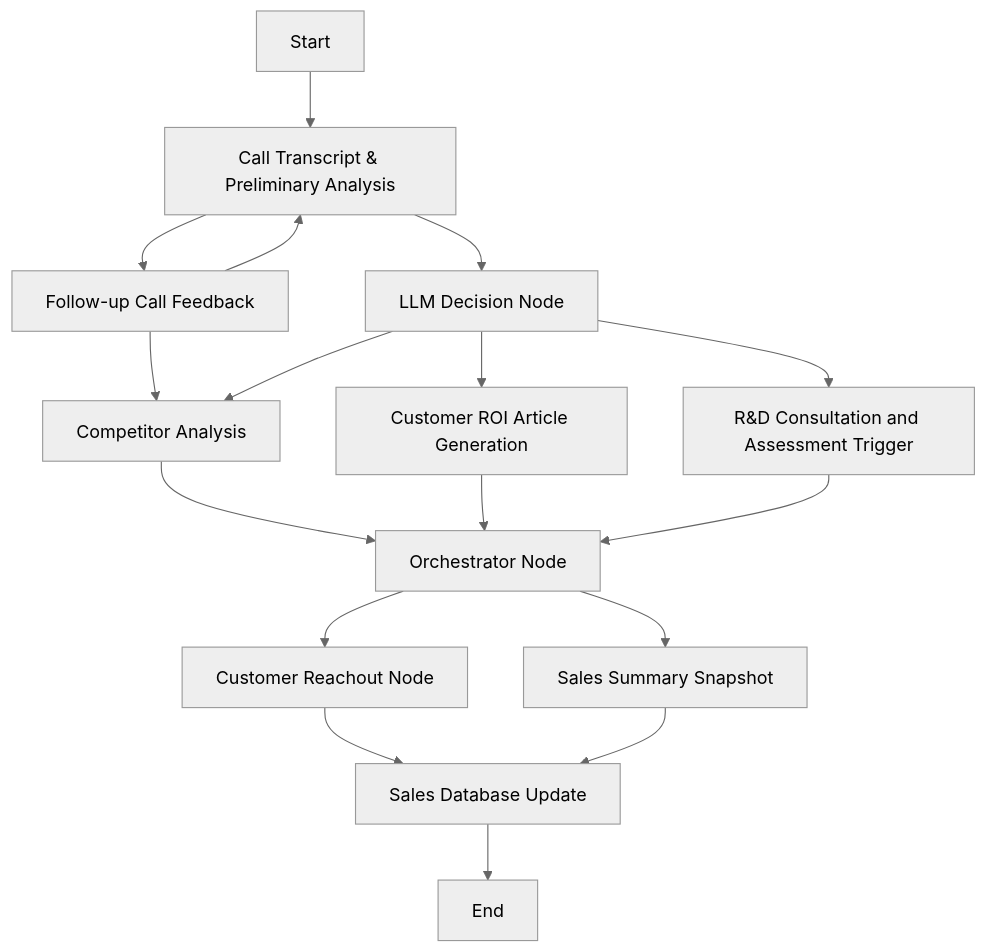
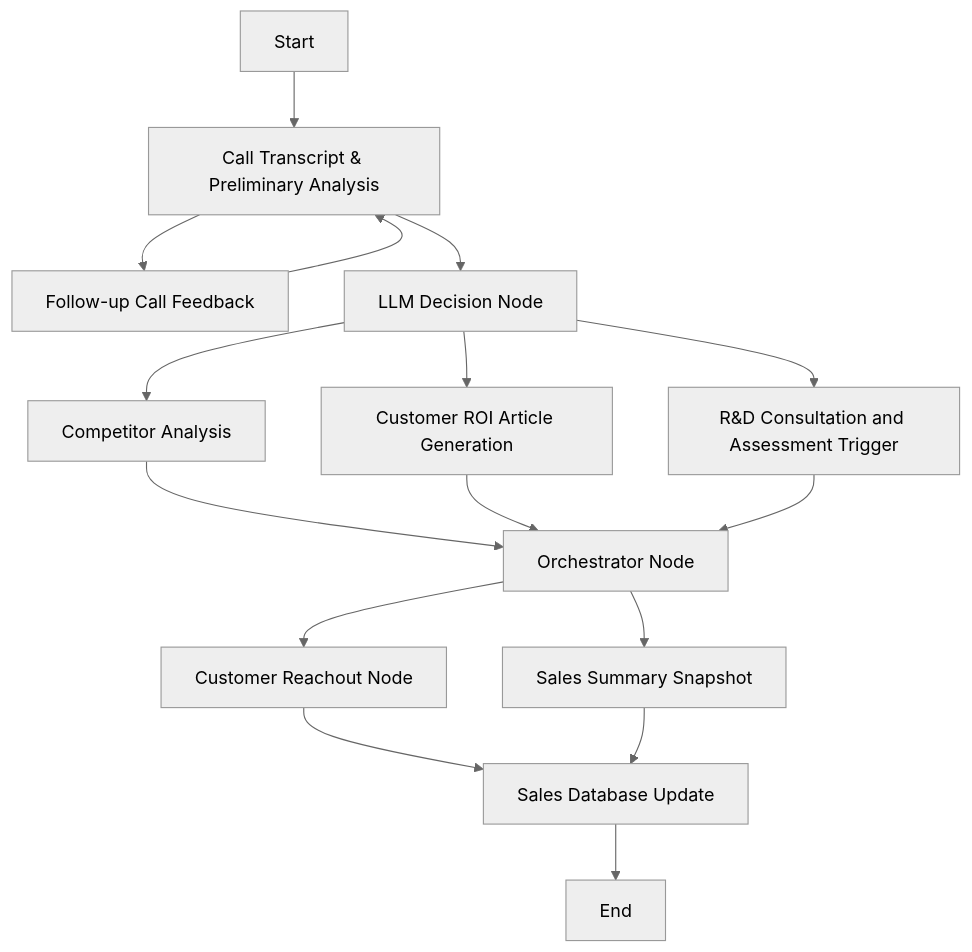
Before and after one commit to sandeepvsk10/B2B-Sales-Workflow-Optimizer-AI-Agent: the diagram in README.md, drawn with Mermaid (neutral theme).

````diff
--- a/README.md
+++ b/README.md
@@ -23,19 +23,18 @@
 ```mermaid
 graph TD
     A[Start] --> B[Call Transcript & Preliminary Analysis]
     B --> C[Follow-up Call Feedback]
     C --> B
     B --> D[LLM Decision Node]
-    C --> E[Competitor Analysis]
-    D --> E
+    D --> E[Competitor Analysis]
     D --> F[Customer ROI Article Generation]
     D --> G[R&D Consultation and Assessment Trigger]
     E --> H[Orchestrator Node]
     F --> H
     G --> H
     H --> I[Customer Reachout Node]
     H --> J[Sales Summary Snapshot]
     I --> K[Sales Database Update]
     J --> K
     K --> L[End]
 ```
````
